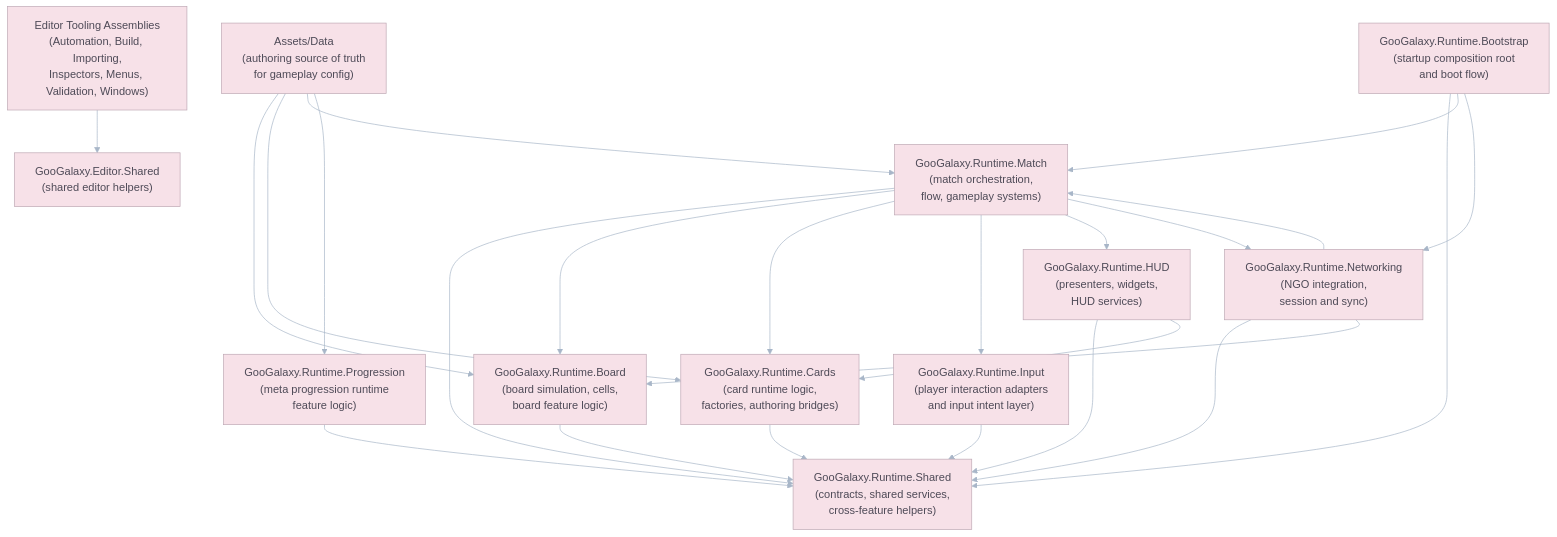
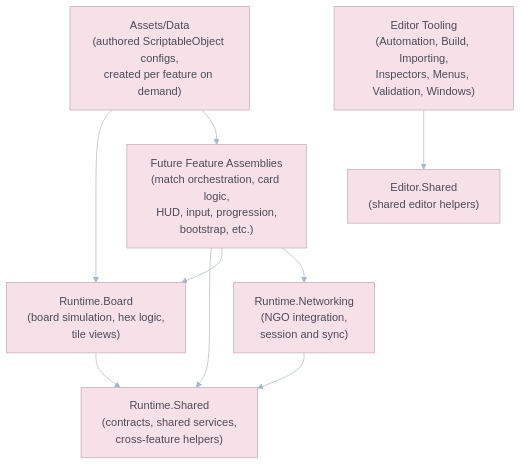
The first of 6 diagrams in .docs/GDD/08_Technical_Architecture_and_Multiplayer.md (unknown-studios-code/goo-galaxy), drawn with Mermaid before and after one commit. The commit also changed other lines of this file and 305 other files, not shown here.

````diff
--- a/.docs/GDD/08_Technical_Architecture_and_Multiplayer.md
+++ b/.docs/GDD/08_Technical_Architecture_and_Multiplayer.md
@@ -110,29 +93,14 @@
 ```mermaid
 %%{init: {"theme":"base","themeVariables":{"primaryColor":"#F7E1E8","secondaryColor":"#DCEBF7","tertiaryColor":"#E4F3E1","primaryBorderColor":"#BFA9B5","lineColor":"#A8B6C8","primaryTextColor":"#4E4A57","clusterBkg":"#FAF5EA","clusterBorder":"#CDBFAF","edgeLabelBackground":"#FFF9F2","noteBkgColor":"#F7F1FA","noteTextColor":"#4E4A57","taskBkgColor":"#DCEBF7","taskTextColor":"#4E4A57","taskTextOutsideColor":"#4E4A57","sectionBkgColor":"#E4F3E1","sectionBorderColor":"#BCD0B9","gridColor":"#E8DDD3","todayLineColor":"#C7A7B5","actorBkg":"#F7E1E8","actorBorder":"#BFA9B5","actorTextColor":"#4E4A57","signalColor":"#A8B6C8","signalTextColor":"#4E4A57","labelBoxBkgColor":"#FFF9F2","labelBoxBorderColor":"#CDBFAF","labelTextColor":"#4E4A57"}}}%%
 graph TD
-    SHARED["GooGalaxy.Runtime.Shared<br/>(contracts, shared services,<br/>cross-feature helpers)"]
-    BOARD["GooGalaxy.Runtime.Board<br/>(board simulation, cells,<br/>board feature logic)"] --> SHARED
-    CARDS["GooGalaxy.Runtime.Cards<br/>(card runtime logic,<br/>factories, authoring bridges)"] --> SHARED
-    MATCH["GooGalaxy.Runtime.Match<br/>(match orchestration,<br/>flow, gameplay systems)"] --> SHARED
-    INPUT["GooGalaxy.Runtime.Input<br/>(player interaction adapters<br/>and input intent layer)"] --> SHARED
-    HUD["GooGalaxy.Runtime.HUD<br/>(presenters, widgets,<br/>HUD services)"] --> SHARED
-    NET["GooGalaxy.Runtime.Networking<br/>(NGO integration,<br/>session and sync)"] --> SHARED
-    PROG["GooGalaxy.Runtime.Progression<br/>(meta progression runtime<br/>feature logic)"] --> SHARED
-    BOOT["GooGalaxy.Runtime.Bootstrap<br/>(startup composition root<br/>and boot flow)"] --> SHARED
-    BOOT --> MATCH
-    BOOT --> NET
-    MATCH --> BOARD
-    MATCH --> CARDS
-    MATCH --> INPUT
-    MATCH --> HUD
-    MATCH --> NET
-    HUD --> CARDS
-    NET --> BOARD
-    NET --> MATCH
-    DATA["Assets/Data<br/>(authoring source of truth<br/>for gameplay config)"] --> BOARD
-    DATA --> CARDS
-    DATA --> MATCH
-    DATA --> PROG
-    ESHARED["GooGalaxy.Editor.Shared<br/>(shared editor helpers)"]
-    ETOOLS["Editor Tooling Assemblies<br/>(Automation, Build, Importing,<br/>Inspectors, Menus, Validation, Windows)"] --> ESHARED
+    SHARED["Runtime.Shared<br/>(contracts, shared services,<br/>cross-feature helpers)"]
+    BOARD["Runtime.Board<br/>(board simulation, hex logic,<br/>tile views)"] --> SHARED
+    NET["Runtime.Networking<br/>(NGO integration,<br/>session and sync)"] --> SHARED
+    FEATURE["Future Feature Assemblies<br/>(match orchestration, card logic,<br/>HUD, input, progression,<br/>bootstrap, etc.)"] --> SHARED
+    FEATURE --> BOARD
+    FEATURE --> NET
+    DATA["Assets/Data<br/>(authored ScriptableObject configs,<br/>created per feature on demand)"] --> BOARD
+    DATA --> FEATURE
+    ESHARED["Editor.Shared<br/>(shared editor helpers)"]
+    ETOOLS["Editor Tooling<br/>(Automation, Build, Importing,<br/>Inspectors, Menus, Validation, Windows)"] --> ESHARED
 ```
````
